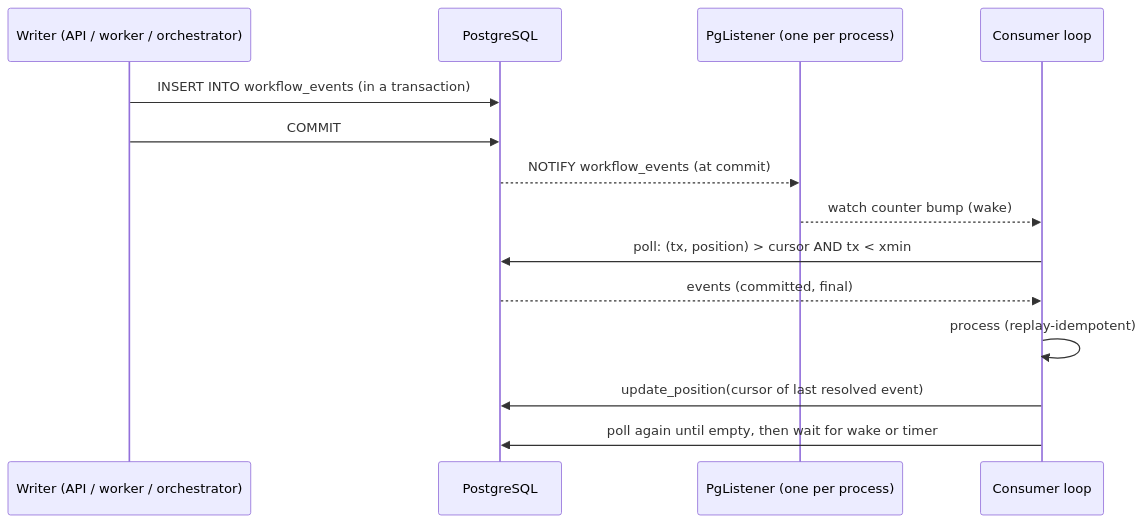
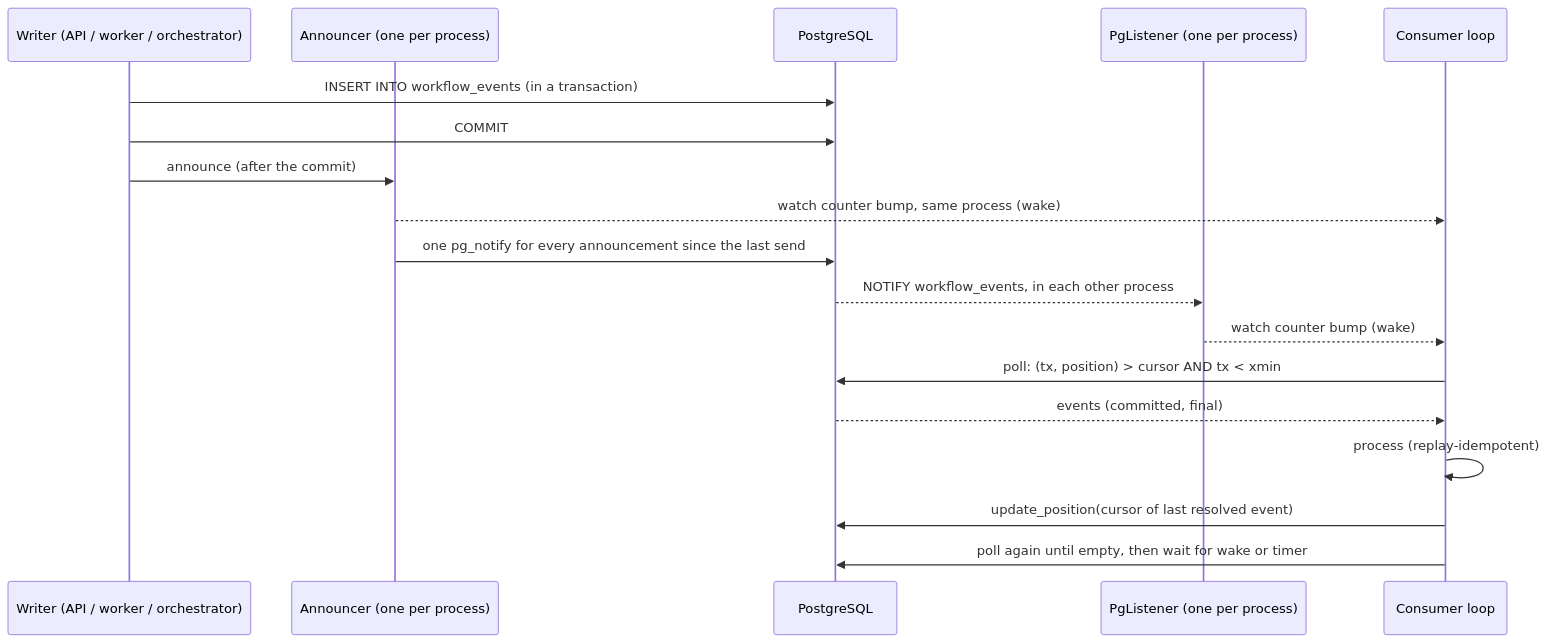
The seventh of 7 diagrams in docs/architecture.md (kruxia/kruxiaflow), drawn with Mermaid before and after one commit. The commit also changed other lines of this file and 32 other files, not shown here.

````diff
--- a/docs/architecture.md
+++ b/docs/architecture.md
@@ -2845,17 +2862,21 @@
 ```mermaid
 sequenceDiagram
     participant W as Writer (API / worker / orchestrator)
+    participant A as Announcer (one per process)
     participant PG as PostgreSQL
     participant L as PgListener (one per process)
     participant C as Consumer loop
 
     W->>PG: INSERT INTO workflow_events (in a transaction)
     W->>PG: COMMIT
-    PG-->>L: NOTIFY workflow_events (at commit)
+    W->>A: announce (after the commit)
+    A-->>C: watch counter bump, same process (wake)
+    A->>PG: one pg_notify for every announcement since the last send
+    PG-->>L: NOTIFY workflow_events, in each other process
     L-->>C: watch counter bump (wake)
     C->>PG: poll: (tx, position) > cursor AND tx < xmin
     PG-->>C: events (committed, final)
     C->>C: process (replay-idempotent)
     C->>PG: update_position(cursor of last resolved event)
     C->>PG: poll again until empty, then wait for wake or timer
 ```
````
